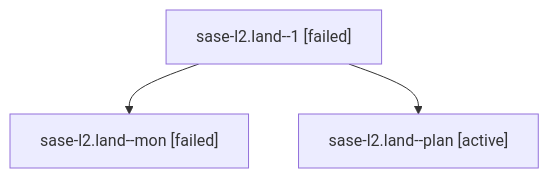
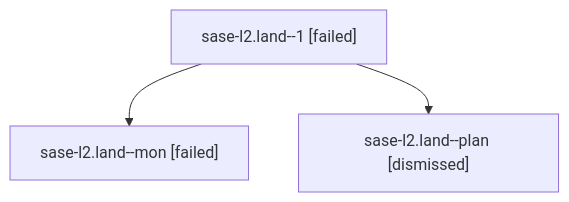
One commit to sase-org/sase--agents changed the diagram in sessions/bbugyi200.athena.sase-l2.land.md. Above: the diagram before and after it, drawn with Mermaid. The commit also changed other lines of this file and 89 other files, not shown here.

````diff
--- a/sessions/bbugyi200.athena.sase-l2.land.md
+++ b/sessions/bbugyi200.athena.sase-l2.land.md
@@ -9,8 +9,8 @@
 ```mermaid
 flowchart TD
   n0["sase-l2.land--1 [failed]"]
   n1["sase-l2.land--mon [failed]"]
   n0 --> n1
-  n2["sase-l2.land--plan [active]"]
+  n2["sase-l2.land--plan [dismissed]"]
   n0 --> n2
 ```
````
